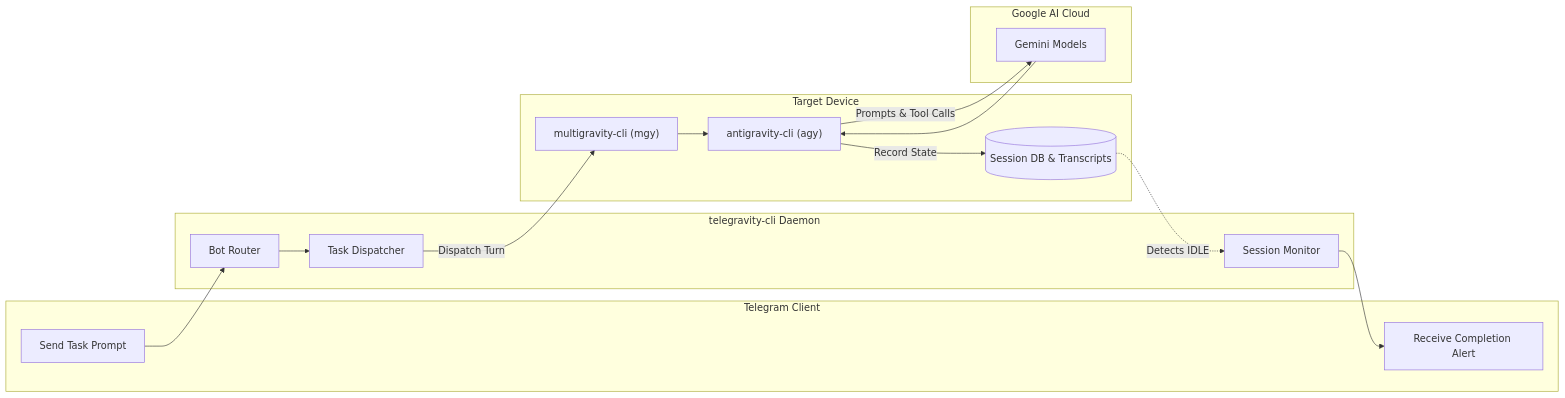
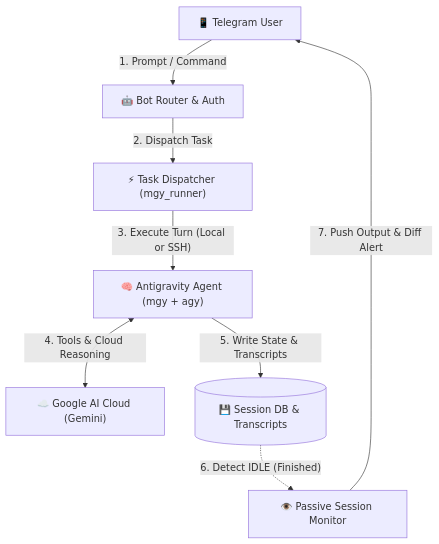
The diagram in README.md (wafardev/telegravity-cli), drawn with Mermaid before and after one commit. The commit also changed other lines of this file, not shown here.

Commit message:
Update architecture section with clean acyclic flowchart and ASCII diagram

````diff
--- a/README.md
+++ b/README.md
@@ -25,33 +25,18 @@
 ```mermaid
-flowchart LR
-    subgraph Client [Telegram Client]
-        Msg["Send Task Prompt"]
-        Notif["Receive Completion Alert"]
-    end
+flowchart TD
+    User["📱 Telegram User"]
+    Bot["🤖 Bot Router & Auth"]
+    Dispatcher["⚡ Task Dispatcher (mgy_runner)"]
+    Agent["🧠 Antigravity Agent (mgy + agy)"]
+    Cloud["☁️ Google AI Cloud (Gemini)"]
+    DB[("💾 Session DB & Transcripts")]
+    Monitor["👁️ Passive Session Monitor"]
 
-    subgraph Service [telegravity-cli Daemon]
-        Bot["Bot Router"]
-        Dispatcher["Task Dispatcher"]
-        Observer["Session Monitor"]
-    end
-
-    subgraph Target [Target Device]
-        MGY["multigravity-cli (mgy)"]
-        AGY["antigravity-cli (agy)"]
-        DB[("Session DB & Transcripts")]
-    end
-
-    subgraph Cloud [Google AI Cloud]
-        LLM["Gemini Models"]
-    end
-
-    Msg --> Bot
-    Bot --> Dispatcher
-    Dispatcher -->|Dispatch Turn| MGY
-    MGY --> AGY
-    AGY -->|Prompts & Tool Calls| LLM
-    LLM --> AGY
-    AGY -->|Record State| DB
-    DB -.->|Detects IDLE| Observer
-    Observer --> Notif
+    User -->|"1. Prompt / Command"| Bot
+    Bot -->|"2. Dispatch Task"| Dispatcher
+    Dispatcher -->|"3. Execute Turn (Local or SSH)"| Agent
+    Agent <-->|"4. Tools & Cloud Reasoning"| Cloud
+    Agent -->|"5. Write State & Transcripts"| DB
+    DB -.->|"6. Detect IDLE (Finished)"| Monitor
+    Monitor -->|"7. Push Output & Diff Alert"| User
 ```
````
